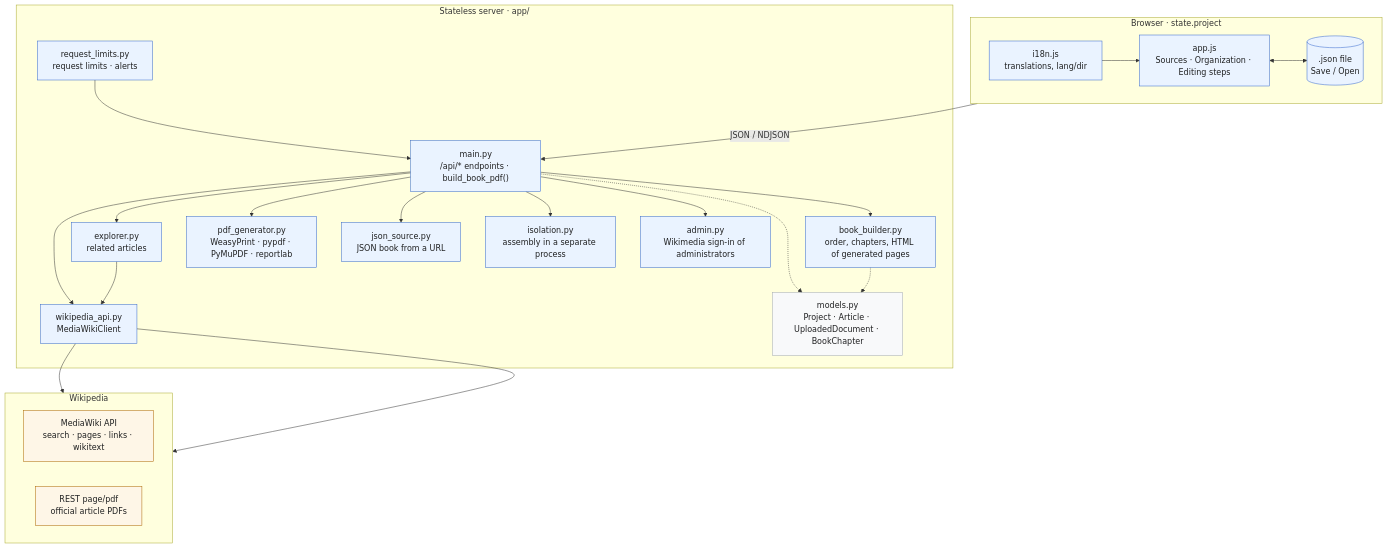
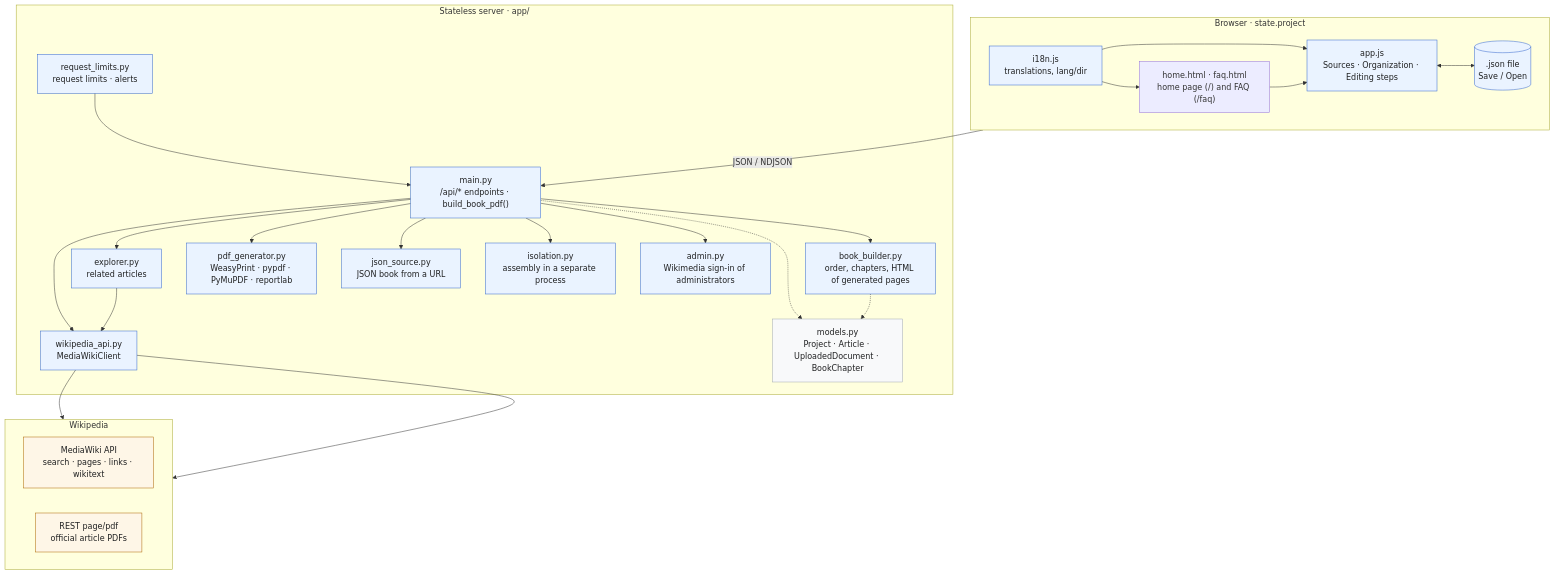
The first of 2 diagrams in docs/TechnicalSpec.en.md (gmoulard/wikipedia2book), drawn with Mermaid before and after one commit. The commit also changed other lines of this file and 18 other files, not shown here.

First line of the commit message:
1.15.0 : page d'accueil, FAQ et application à /app

````diff
--- a/docs/TechnicalSpec.en.md
+++ b/docs/TechnicalSpec.en.md
@@ -568,52 +568,55 @@
 ```mermaid
 flowchart TB
     subgraph Browser["Browser · state.project"]
         direction LR
         I18N["i18n.js<br/>translations, lang/dir"]
         APP["app.js<br/>Sources · Organization · Editing steps"]
         FILE[(".json file<br/>Save / Open")]
+        HOME["home.html · faq.html<br/>home page (/) and FAQ (/faq)"]
         I18N --> APP
+        I18N --> HOME
+        HOME --> APP
         APP <--> FILE
     end
 
     subgraph Server["Stateless server · app/"]
         MAIN["main.py<br/>/api/* endpoints · build_book_pdf()"]
         EXPL["explorer.py<br/>related articles"]
         BB["book_builder.py<br/>order, chapters, HTML of generated pages"]
         PDFG["pdf_generator.py<br/>WeasyPrint · pypdf · PyMuPDF · reportlab"]
         WAPI["wikipedia_api.py<br/>MediaWikiClient"]
         JSRC["json_source.py<br/>JSON book from a URL"]
         GUARD["request_limits.py<br/>request limits · alerts"]
         GUARD --> MAIN
         MODELS["models.py<br/>Project · Article · UploadedDocument · BookChapter"]
         MAIN --> EXPL
         MAIN --> BB
         ISO["isolation.py<br/>assembly in a separate process"]
         ADM["admin.py<br/>Wikimedia sign-in of administrators"]
         MAIN --> ADM
         MAIN --> ISO
         MAIN --> PDFG
         MAIN --> WAPI
         MAIN --> JSRC
         EXPL --> WAPI
     end
 
     subgraph Wikipedia["Wikipedia"]
         direction LR
         MW["MediaWiki API<br/>search · pages · links · wikitext"]
         REST["REST page/pdf<br/>official article PDFs"]
     end
 
     APP -- "JSON / NDJSON" --> MAIN
     WAPI --> MW
     WAPI --> REST
     MAIN -.-> MODELS
     BB -.-> MODELS
 
     classDef app fill:#eaf3ff,stroke:#3366cc,color:#202122
     classDef wiki fill:#fef6e7,stroke:#ac6600,color:#202122
     classDef shared fill:#f8f9fa,stroke:#a2a9b1,color:#202122
     class I18N,APP,FILE,MAIN,EXPL,BB,PDFG,WAPI,ISO,JSRC,ADM,GUARD app
     class MW,REST wiki
     class MODELS shared
 ```
````
